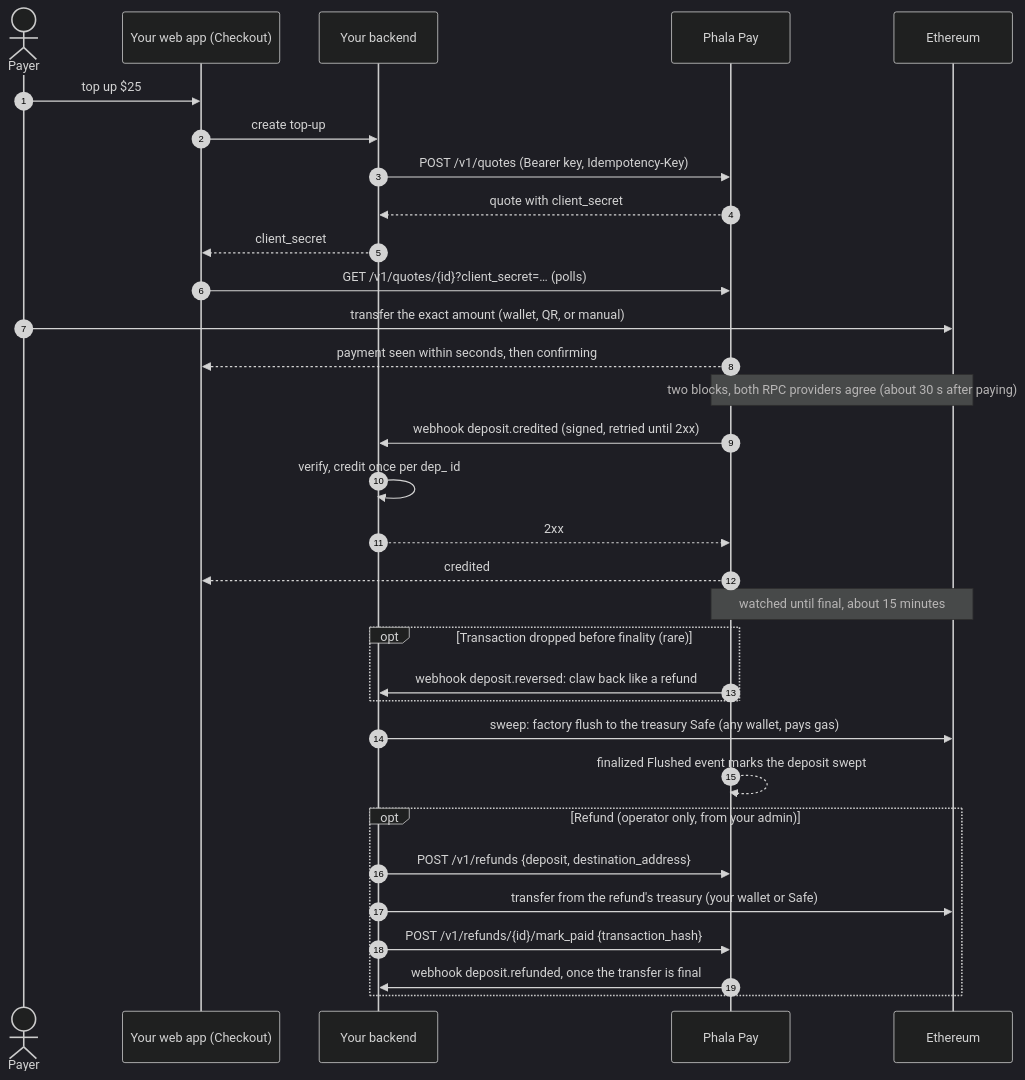
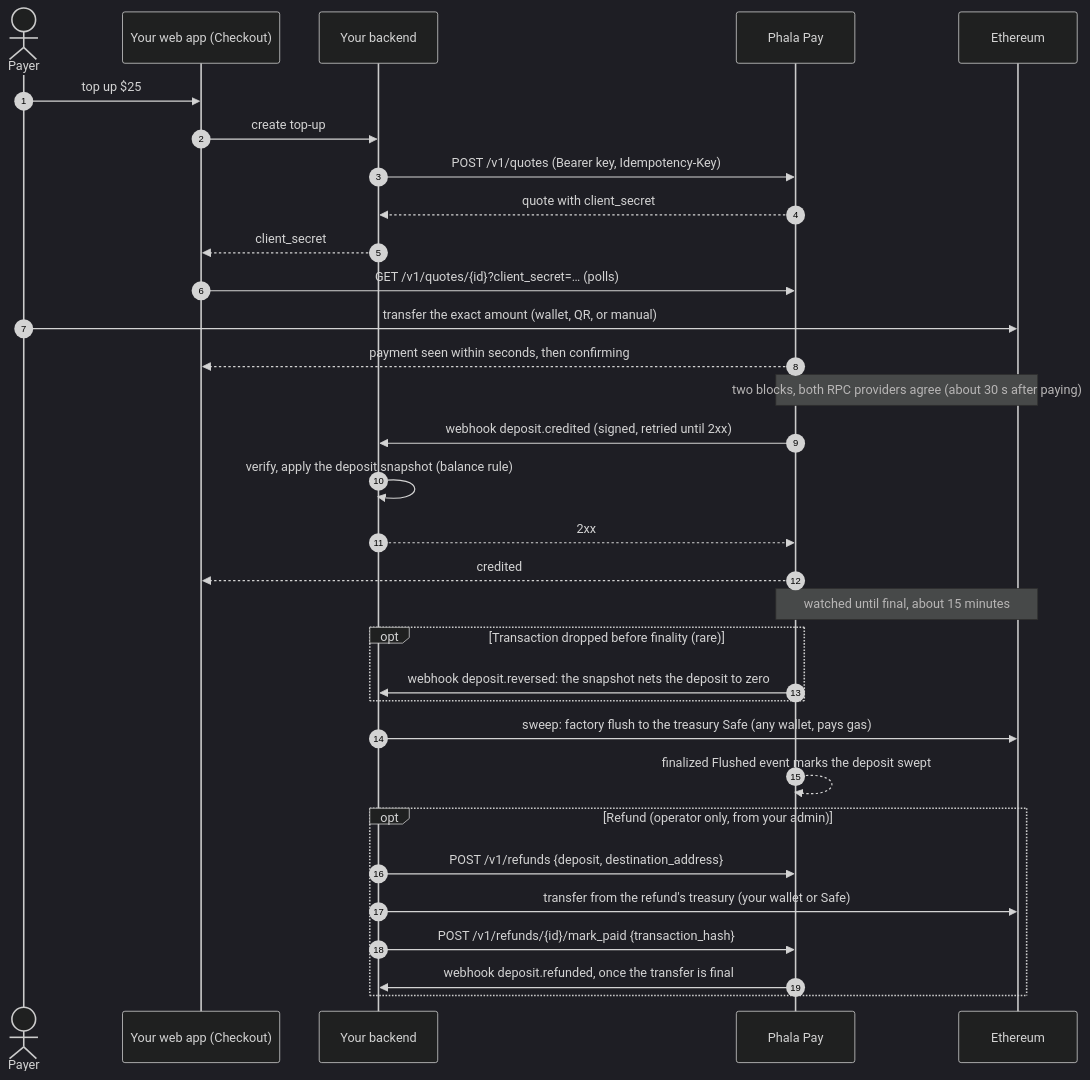
Before and after one commit to Phala-Network/crypto-topup-service: the diagram in docs/integration.md, drawn with Mermaid (dark theme). The commit also changed other lines of this file and 59 other files, not shown here.

First line of the commit message:
fix: ledger correctness (claw-back snapshots, refund lifecycle, finality paging, exposure cap) (#204)

````diff
--- a/docs/integration.md
+++ b/docs/integration.md
@@ -158,34 +159,34 @@
 ```mermaid
 sequenceDiagram
     autonumber
     actor Payer
     participant UI as Your web app (Checkout)
     participant BE as Your backend
     participant PP as Phala Pay
     participant ETH as Ethereum
     Payer->>UI: top up $25
     UI->>BE: create top-up
     BE->>PP: POST /v1/quotes (Bearer key, Idempotency-Key)
     PP-->>BE: quote with client_secret
     BE-->>UI: client_secret
     UI->>PP: GET /v1/quotes/{id}?client_secret=… (polls)
     Payer->>ETH: transfer the exact amount (wallet, QR, or manual)
     PP-->>UI: payment seen within seconds, then confirming
     Note over PP,ETH: two blocks, both RPC providers agree (about 30 s after paying)
     PP->>BE: webhook deposit.credited (signed, retried until 2xx)
-    BE->>BE: verify, credit once per dep_ id
+    BE->>BE: verify, apply the deposit snapshot (balance rule)
     BE-->>PP: 2xx
     PP-->>UI: credited
     Note over PP,ETH: watched until final, about 15 minutes
     opt Transaction dropped before finality (rare)
-        PP->>BE: webhook deposit.reversed: claw back like a refund
+        PP->>BE: webhook deposit.reversed: the snapshot nets the deposit to zero
     end
     BE->>ETH: sweep: factory flush to the treasury Safe (any wallet, pays gas)
     PP-->>PP: finalized Flushed event marks the deposit swept
     opt Refund (operator only, from your admin)
         BE->>PP: POST /v1/refunds {deposit, destination_address}
         BE->>ETH: transfer from the refund's treasury (your wallet or Safe)
         BE->>PP: POST /v1/refunds/{id}/mark_paid {transaction_hash}
         PP->>BE: webhook deposit.refunded, once the transfer is final
     end
 ```
````
